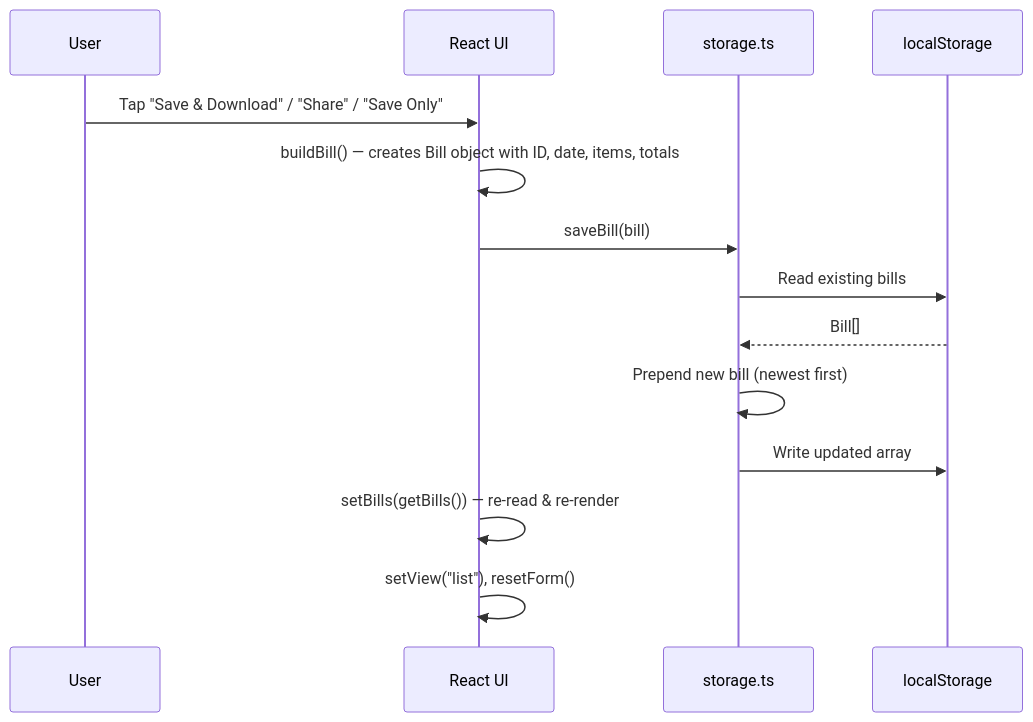
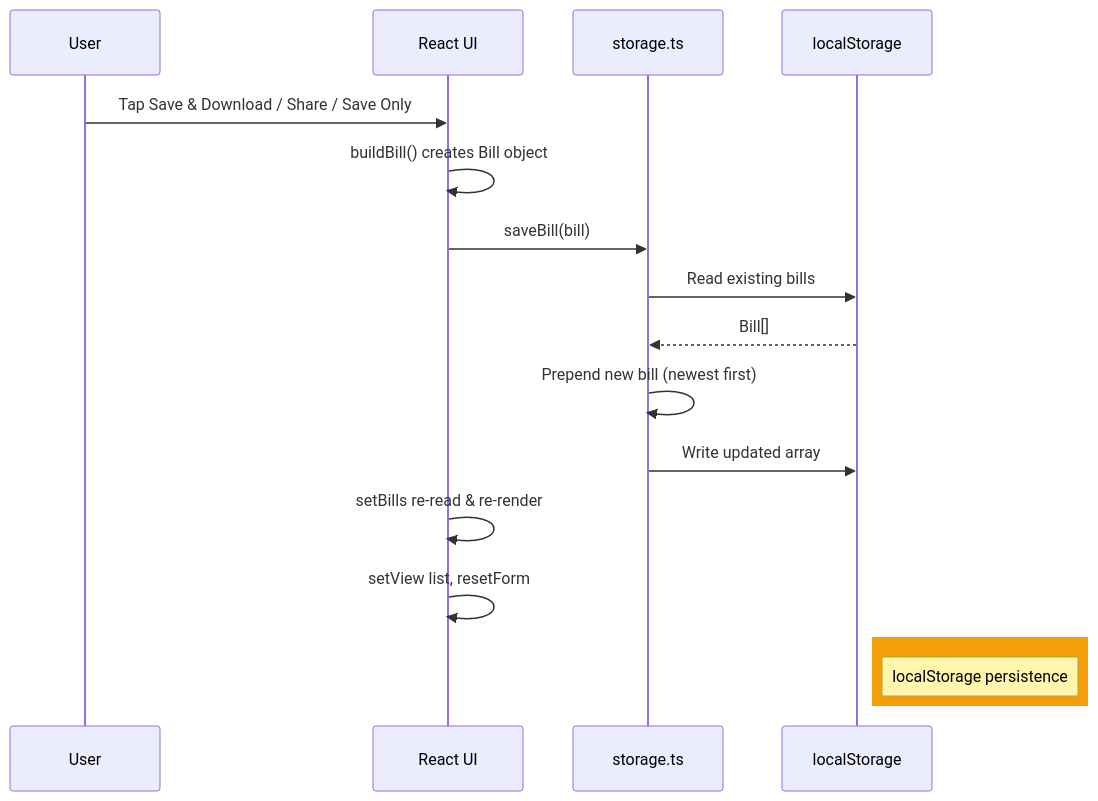
The seventh of 11 diagrams in ARCHITECTURE.md (sanjanb/bill-buddy), drawn with Mermaid before and after one commit. The commit also changed other lines of this file, not shown here.

Commit message:
docs: update ARCHITECTURE.md with styled Mermaid diagrams and refined descriptions

````diff
--- a/ARCHITECTURE.md
+++ b/ARCHITECTURE.md
@@ -224,17 +263,21 @@
 ```mermaid
 sequenceDiagram
     participant U as User
     participant R as React UI
     participant S as storage.ts
     participant LS as localStorage
 
-    U->>R: Tap "Save & Download" / "Share" / "Save Only"
-    R->>R: buildBill() — creates Bill object with ID, date, items, totals
+    U->>R: Tap Save & Download / Share / Save Only
+    R->>R: buildBill() creates Bill object
     R->>S: saveBill(bill)
     S->>LS: Read existing bills
     LS-->>S: Bill[]
     S->>S: Prepend new bill (newest first)
     S->>LS: Write updated array
-    R->>R: setBills(getBills()) — re-read & re-render
-    R->>R: setView("list"), resetForm()
+    R->>R: setBills re-read & re-render
+    R->>R: setView list, resetForm
+
+    rect rgb(245, 158, 11)
+    Note right of LS: localStorage persistence
+    end
 ```
````
